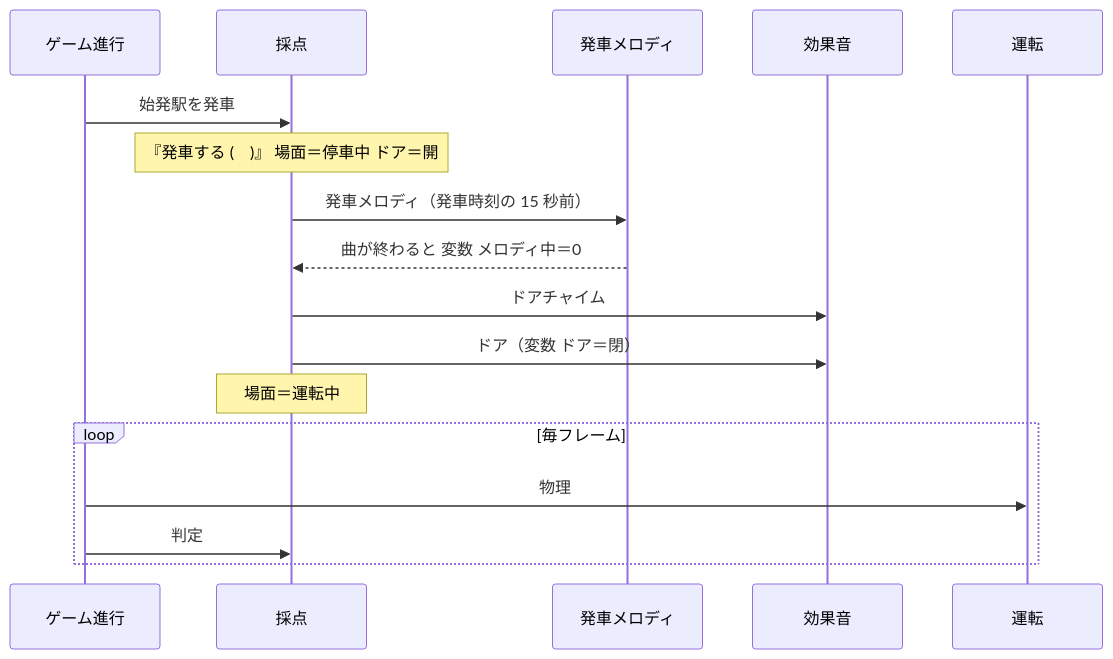
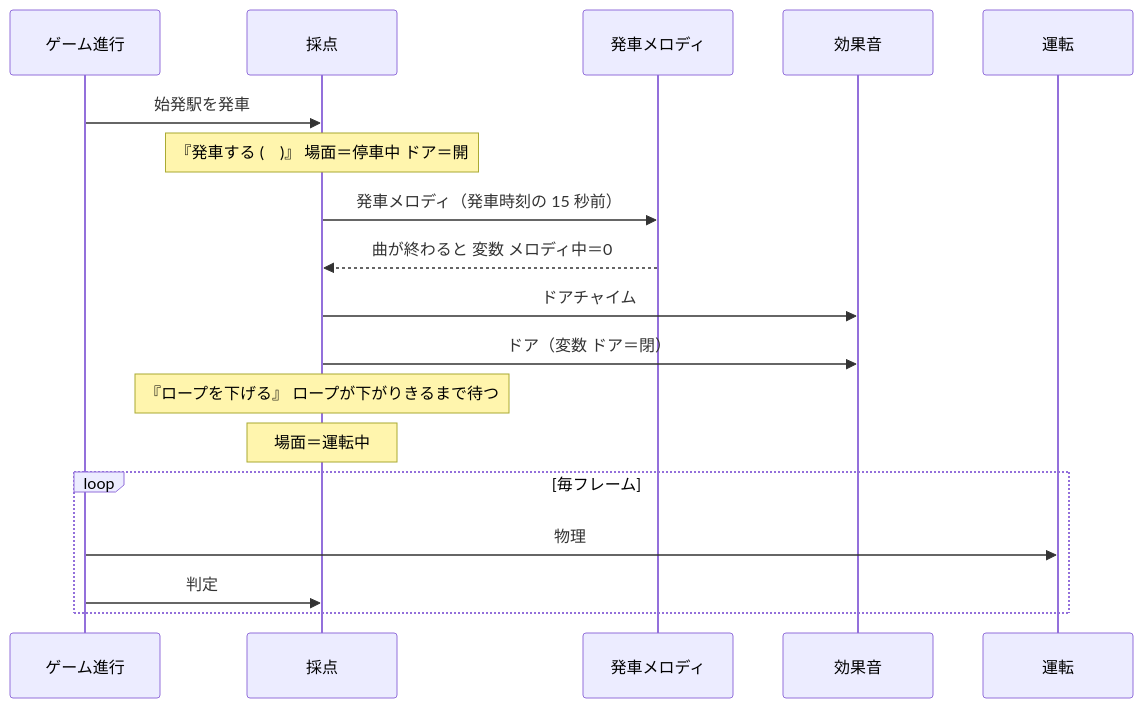
Before and after one commit to hagishun/TRAIN-GAME-TRIALE: the seventh of 10 diagrams in docs/scratch-guide.md, drawn with Mermaid. The commit also changed other lines of this file and 63 other files, not shown here.

````diff
--- a/docs/scratch-guide.md
+++ b/docs/scratch-guide.md
@@ -416,19 +420,20 @@
 ```mermaid
 sequenceDiagram
   participant G as ゲーム進行
   participant S as 採点
   participant M as 発車メロディ
   participant O as 効果音
   participant U as 運転
   G->>S: 始発駅を発車
   Note over S: 『発車する (　)』 場面＝停車中 ドア＝開
   S->>M: 発車メロディ（発車時刻の 15 秒前）
   M-->>S: 曲が終わると 変数 メロディ中＝0
   S->>O: ドアチャイム
   S->>O: ドア（変数 ドア＝閉）
+  Note over S: 『ロープを下げる』 ロープが下がりきるまで待つ
   Note over S: 場面＝運転中
   loop 毎フレーム
     G->>U: 物理
     G->>S: 判定
   end
 ```
````
